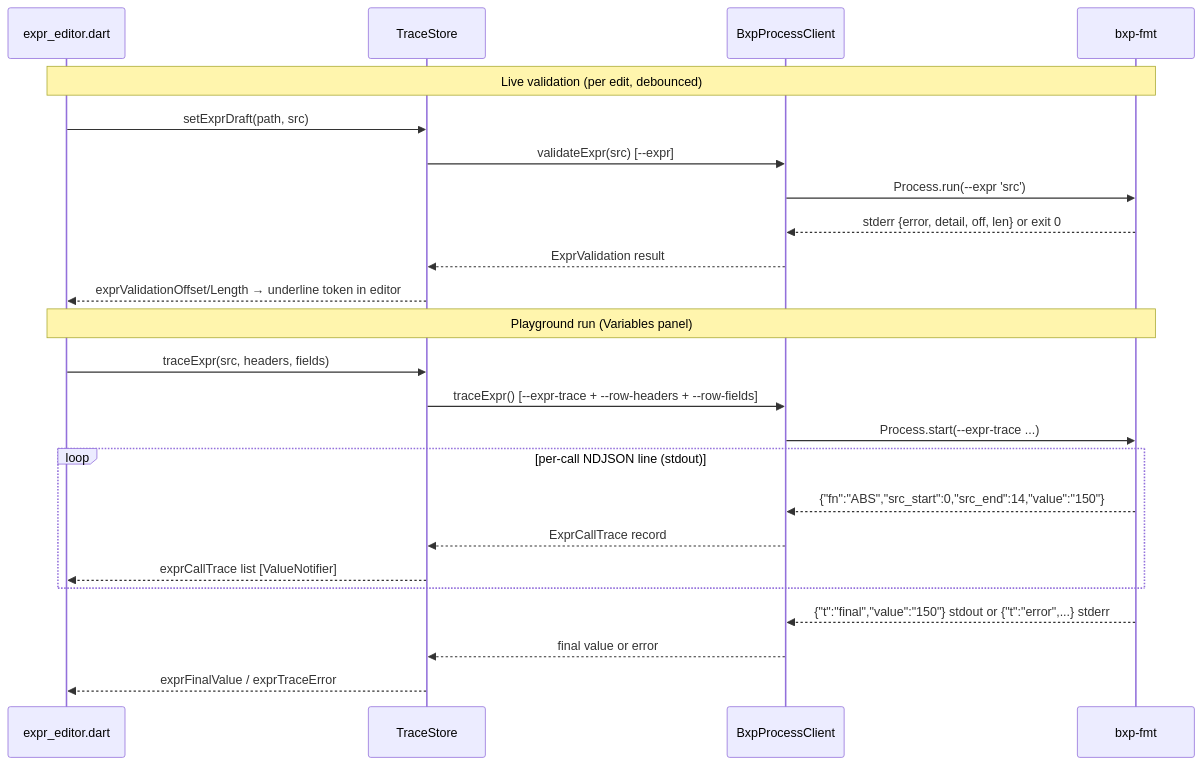
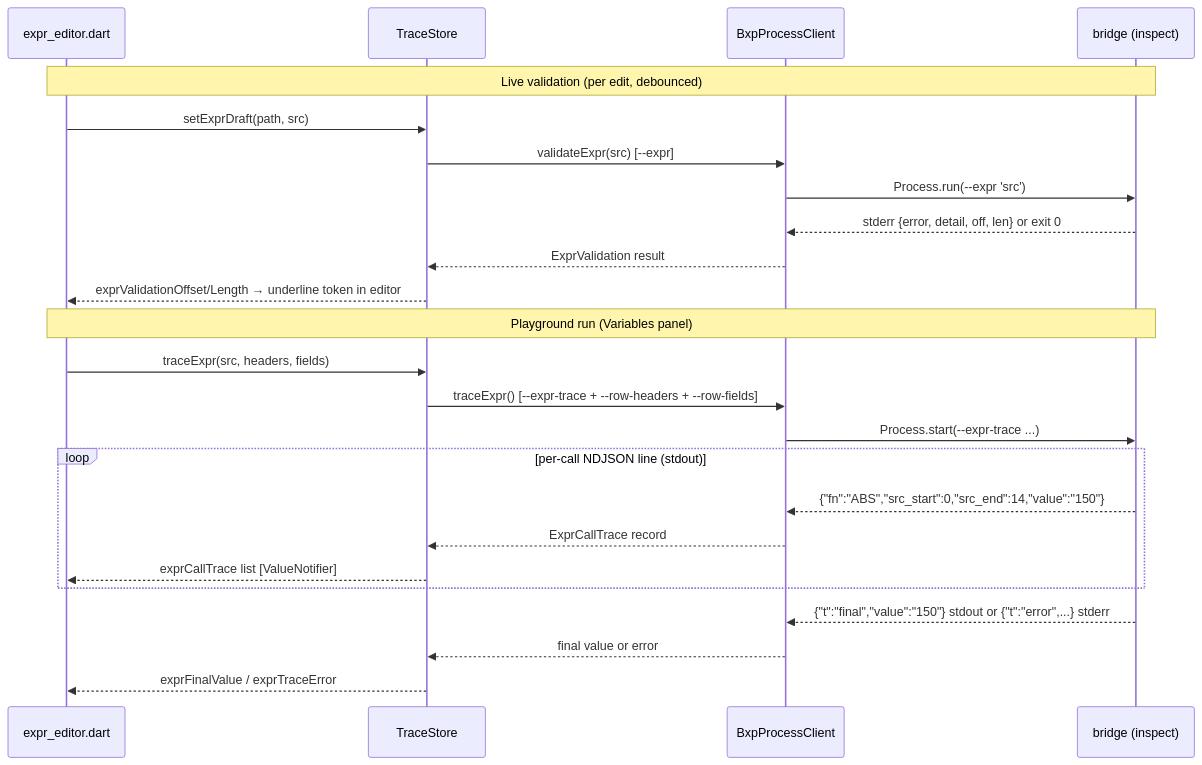
One commit to zaxified/bxp changed diagram 15 of 17 in docs/architecture.md. Above: the diagram before and after it, drawn with Mermaid. The commit also changed other lines of this file and 7 other files, not shown here.

First line of the commit message:
docs: rewrite developer + user docs off bxp-fmt onto inspect/mcp/bridge

````diff
--- a/docs/architecture.md
+++ b/docs/architecture.md
@@ -977,28 +977,28 @@
 ```mermaid
 sequenceDiagram
     participant UI as expr_editor.dart
     participant TS as TraceStore
     participant BPC as BxpProcessClient
-    participant FMT as bxp-fmt
+    participant FMT as bridge (inspect)
 
     Note over UI,FMT: Live validation (per edit, debounced)
     UI->>TS: setExprDraft(path, src)
     TS->>BPC: validateExpr(src) [--expr]
     BPC->>FMT: Process.run(--expr 'src')
     FMT-->>BPC: stderr {error, detail, off, len} or exit 0
     BPC-->>TS: ExprValidation result
     TS-->>UI: exprValidationOffset/Length → underline token in editor
 
     Note over UI,FMT: Playground run (Variables panel)
     UI->>TS: traceExpr(src, headers, fields)
     TS->>BPC: traceExpr() [--expr-trace + --row-headers + --row-fields]
     BPC->>FMT: Process.start(--expr-trace ...)
     loop per-call NDJSON line (stdout)
         FMT-->>BPC: {"fn":"ABS","src_start":0,"src_end":14,"value":"150"}
         BPC-->>TS: ExprCallTrace record
         TS-->>UI: exprCallTrace list [ValueNotifier]
     end
     FMT-->>BPC: {"t":"final","value":"150"} stdout or {"t":"error",...} stderr
     BPC-->>TS: final value or error
     TS-->>UI: exprFinalValue / exprTraceError
 ```
````
